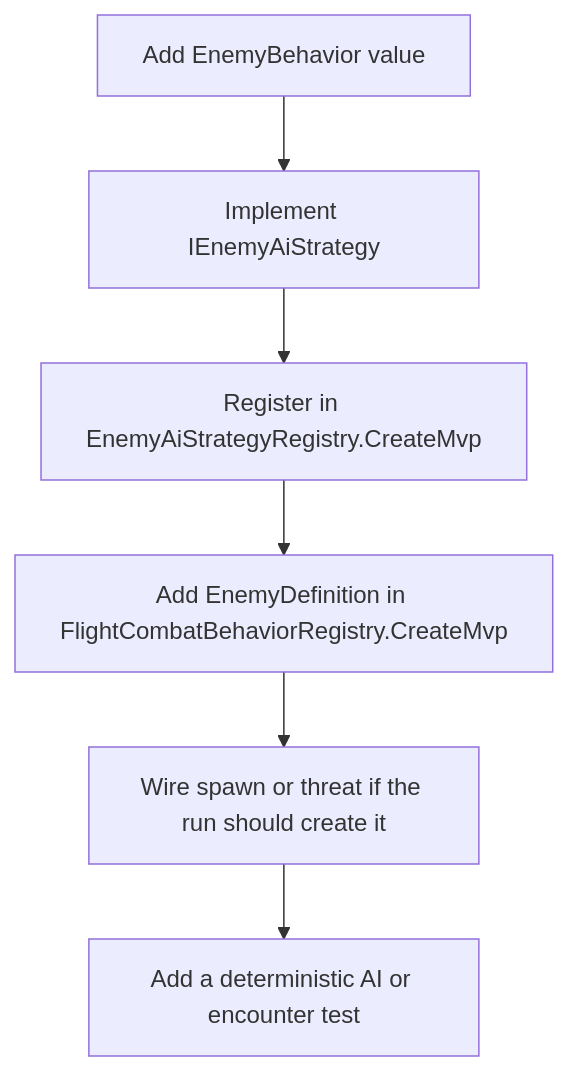
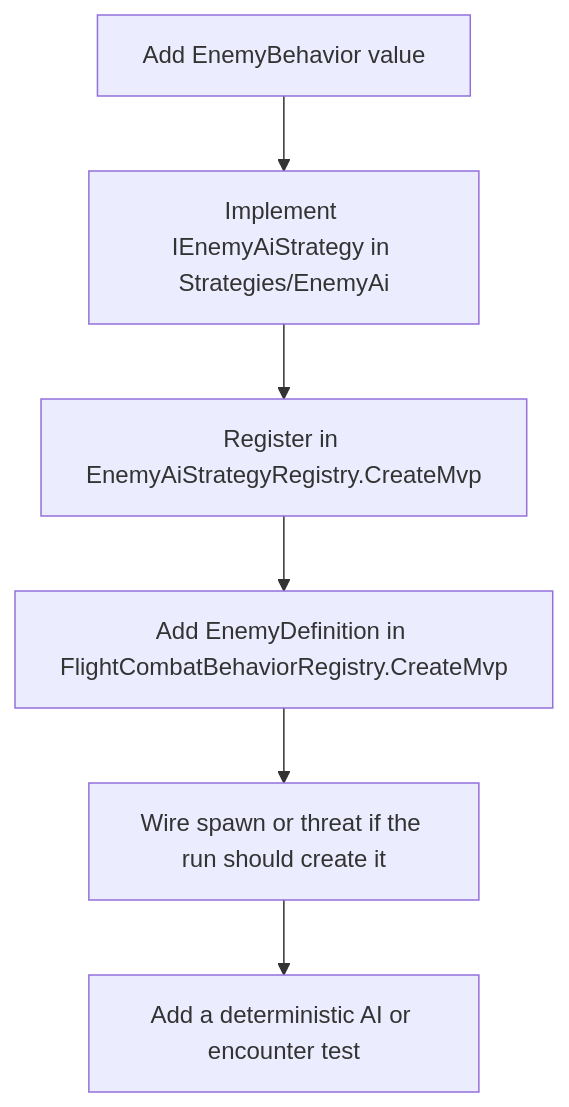
The third of 3 diagrams in src/ShipGame.Gameplay/README.md (pabloordonez/monogame-ship-incremental), drawn with Mermaid before and after one commit. The commit also changed other lines of this file and 259 other files, not shown here.

````diff
--- a/src/ShipGame.Gameplay/README.md
+++ b/src/ShipGame.Gameplay/README.md
@@ -45,8 +57,8 @@
 ```mermaid
 flowchart TD
-  enemyEnum[Add EnemyBehavior value] --> ai[Implement IEnemyAiStrategy]
+  enemyEnum[Add EnemyBehavior value] --> ai[Implement IEnemyAiStrategy in Strategies/EnemyAi]
   ai --> aiRegistry[Register in EnemyAiStrategyRegistry.CreateMvp]
   aiRegistry --> enemyDef[Add EnemyDefinition in FlightCombatBehaviorRegistry.CreateMvp]
   enemyDef --> spawn[Wire spawn or threat if the run should create it]
   spawn --> enemyTest[Add a deterministic AI or encounter test]
 ```
````
